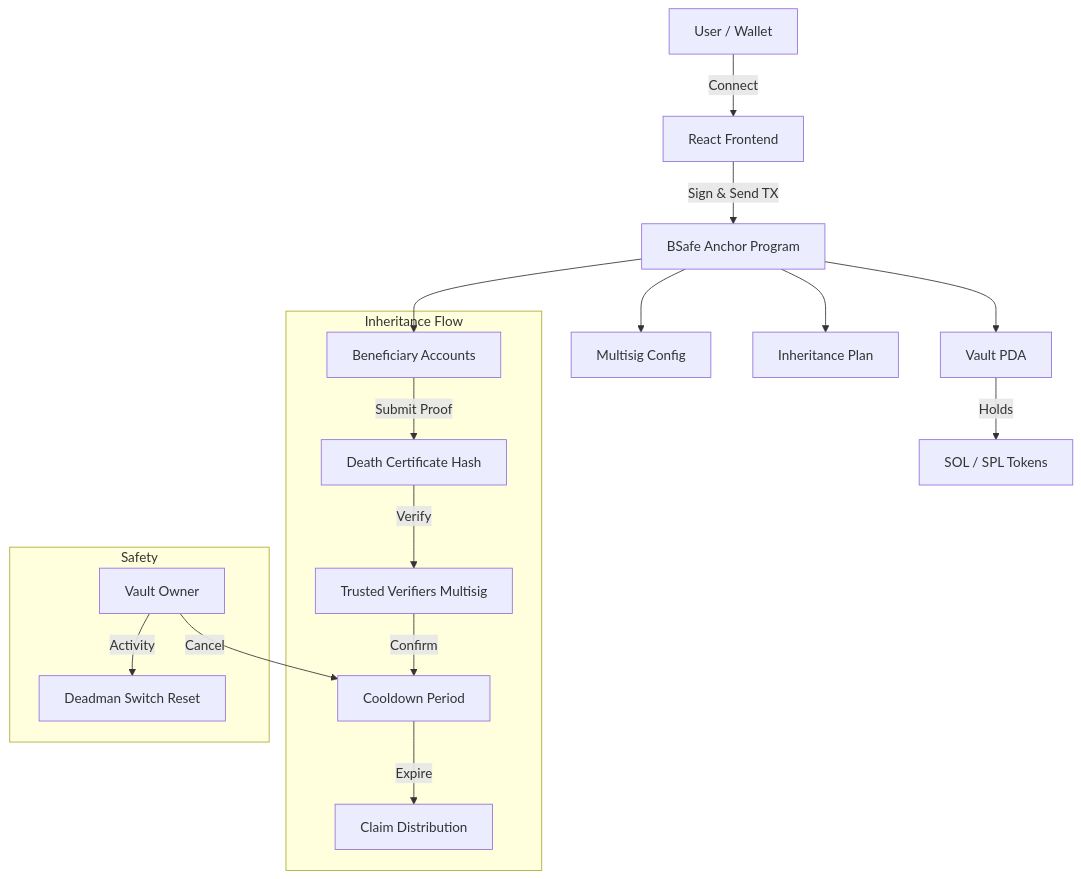
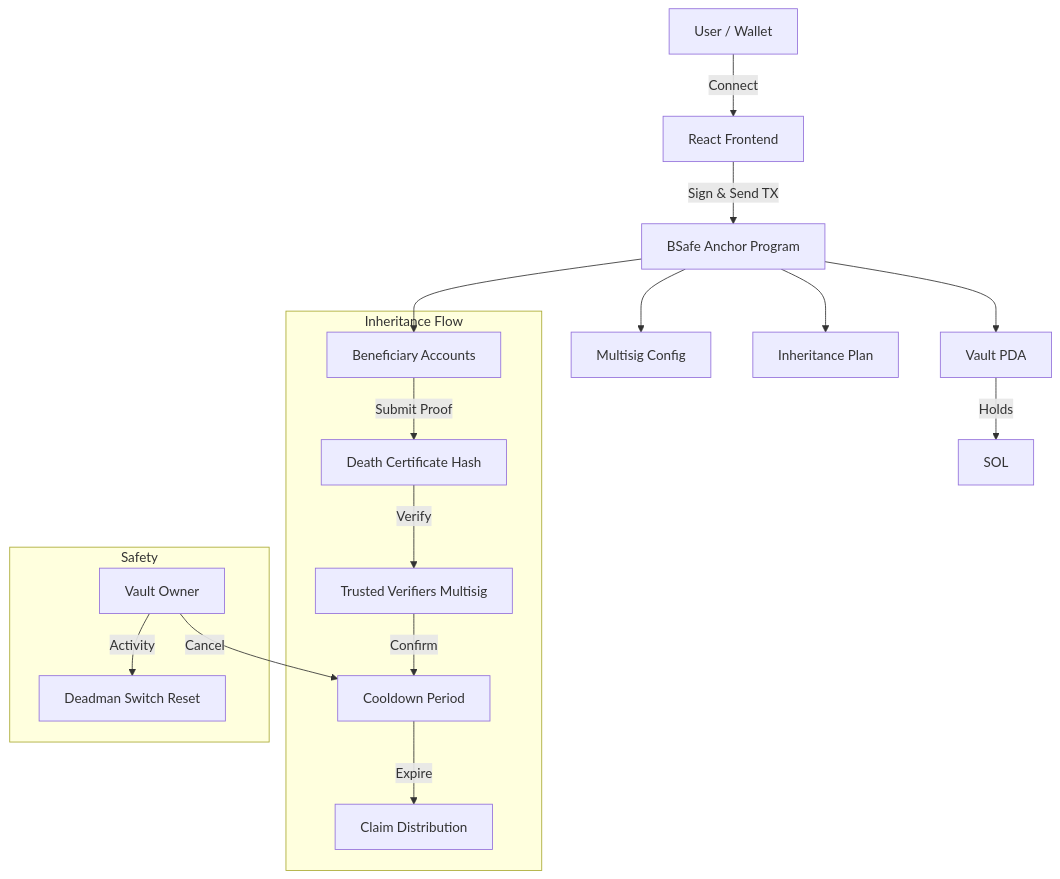
One commit to Plague14/bsafe changed the diagram in README.md. Above: the diagram before and after it, drawn with Mermaid. The commit also changed other lines of this file and 11 other files, not shown here.

````diff
--- a/README.md
+++ b/README.md
@@ -54,24 +54,24 @@
 ```mermaid
 graph TB
     User[User / Wallet] -->|Connect| Frontend[React Frontend]
     Frontend -->|Sign & Send TX| Program[BSafe Anchor Program]
 
     Program --> Vault[Vault PDA]
     Program --> Beneficiary[Beneficiary Accounts]
     Program --> Multisig[Multisig Config]
     Program --> Inheritance[Inheritance Plan]
 
-    Vault -->|Holds| SOL[SOL / SPL Tokens]
+    Vault -->|Holds| SOL[SOL]
 
     subgraph Inheritance Flow
         Beneficiary -->|Submit Proof| DeathCert[Death Certificate Hash]
         DeathCert -->|Verify| Verifiers[Trusted Verifiers Multisig]
         Verifiers -->|Confirm| Cooldown[Cooldown Period]
         Cooldown -->|Expire| Claim[Claim Distribution]
     end
 
     subgraph Safety
         Owner[Vault Owner] -->|Activity| DeadmanSwitch[Deadman Switch Reset]
         Owner -->|Cancel| Cooldown
     end
 ```
````
